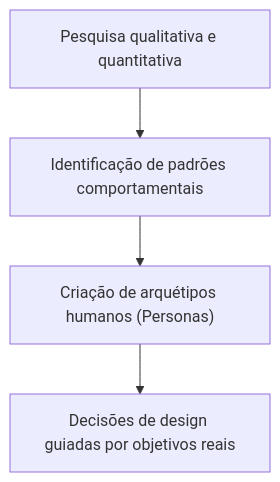
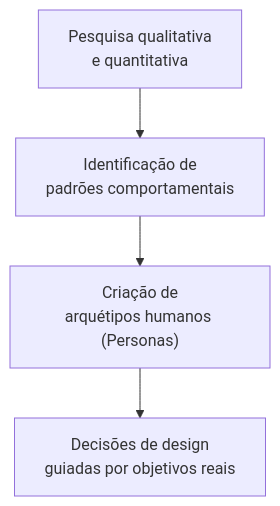
The third of 4 diagrams in 08. Design de Interacao/12. Modelagem de usuário - perfil, persona e mapa de empatia.md (leorruas/puc), drawn with Mermaid before and after one commit. The commit also changed other lines of this file and 16 other files, not shown here.

Commit message:
style(mermaid): comprehensive audit and optimization of 45 Mermaid blocks across all 22 topic notes

````diff
--- a/08. Design de Interacao/12. Modelagem de usuário - perfil, persona e mapa de empatia.md
+++ b/08. Design de Interacao/12. Modelagem de usuário - perfil, persona e mapa de empatia.md
@@ -106,6 +106,6 @@
 ```mermaid
 graph TD
-    Sub1["Pesquisa qualitativa e quantitativa"] --> Sub2["Identificação de padrões comportamentais"]
-    Sub2 --> Sub3["Criação de arquétipos humanos (Personas)"]
-    Sub3 --> Sub4["Decisões de design guiadas por objetivos reais"]
+    Sub1["Pesquisa qualitativa<br>e quantitativa"] --> Sub2["Identificação de<br>padrões comportamentais"]
+    Sub2 --> Sub3["Criação de<br>arquétipos humanos (Personas)"]
+    Sub3 --> Sub4["Decisões de design<br>guiadas por objetivos reais"]
 ```
````
